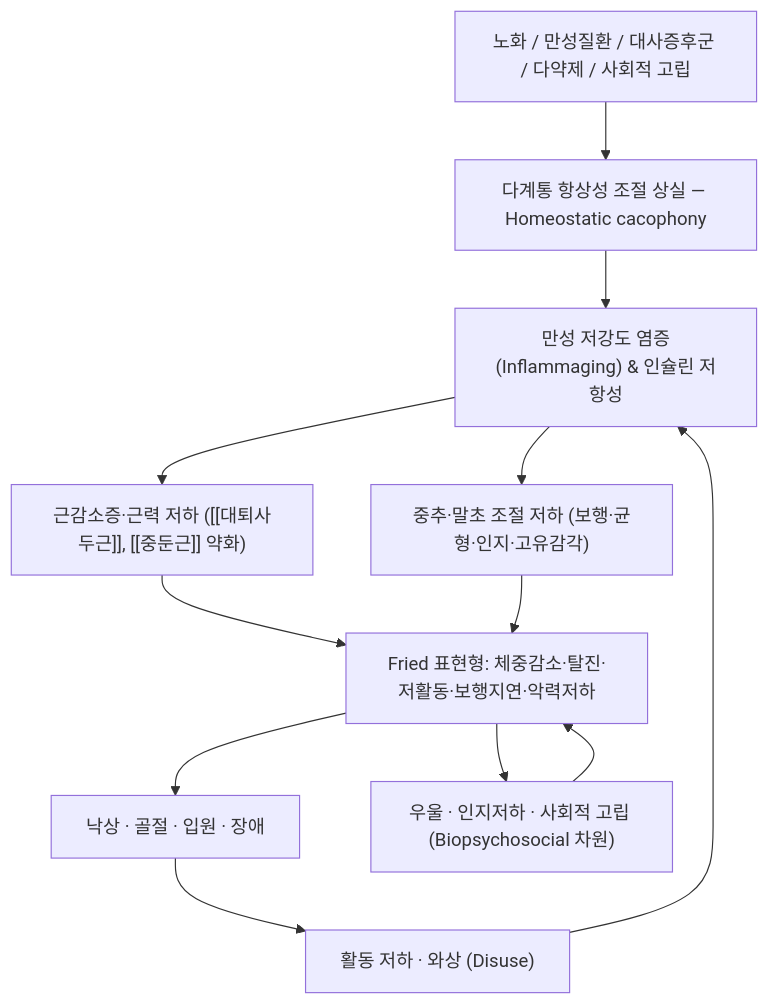
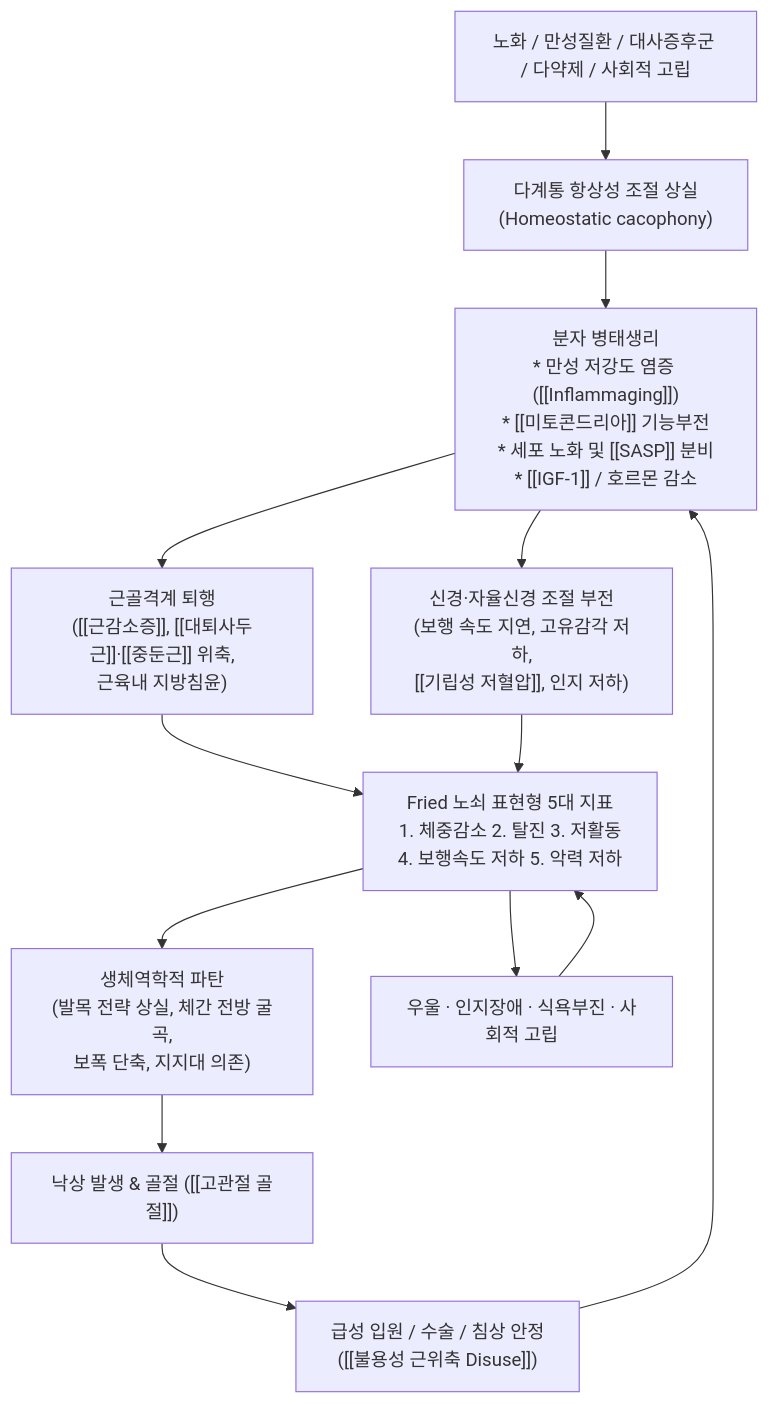
Before and after one commit to simbio11/simbio-digital-garden2: the diagram in content/3. 이론 공부/질환/근골격계 질환/기타/Frailty.md, drawn with Mermaid. The commit also changed other lines of this file and 147 other files, not shown here.

````diff
--- a/content/3. 이론 공부/질환/근골격계 질환/기타/Frailty.md
+++ b/content/3. 이론 공부/질환/근골격계 질환/기타/Frailty.md
@@ -73,14 +132,20 @@
 ```mermaid
 graph TD
-    Cause["노화 / 만성질환 / 대사증후군 / 다약제 / 사회적 고립"] --> Homeo["다계통 항상성 조절 상실 — Homeostatic cacophony"]
-    Homeo --> Inflam["만성 저강도 염증(Inflammaging) & 인슐린 저항성"]
-    Inflam --> Muscle["근감소증·근력 저하 ([[대퇴사두근]], [[중둔근]] 약화)"]
-    Inflam --> Neuro["중추·말초 조절 저하 (보행·균형·인지·고유감각)"]
-    Muscle --> Pheno["Fried 표현형: 체중감소·탈진·저활동·보행지연·악력저하"]
+    Cause["노화 / 만성질환 / 대사증후군 / 다약제 / 사회적 고립"] --> Homeo["다계통 항상성 조절 상실<br/>(Homeostatic cacophony)"]
+    Homeo --> Molecular["분자 병태생리<br/>* 만성 저강도 염증 ([[Inflammaging]])<br/>* [[미토콘드리아]] 기능부전<br/>* 세포 노화 및 [[SASP]] 분비<br/>* [[IGF-1]] / 호르몬 감소"]
+    
+    Molecular --> Muscle["근골격계 퇴행<br/>([[근감소증]], [[대퇴사두근]]·[[중둔근]] 위축,<br/>근육내 지방침윤)"]
+    Molecular --> Neuro["신경·자율신경 조절 부전<br/>(보행 속도 지연, 고유감각 저하,<br/>[[기립성 저혈압]], 인지 저하)"]
+    
+    Muscle --> Pheno["Fried 노쇠 표현형 5대 지표<br/>1. 체중감소 2. 탈진 3. 저활동<br/>4. 보행속도 저하 5. 악력 저하"]
     Neuro --> Pheno
-    Pheno --> Fall["낙상 · 골절 · 입원 · 장애"]
-    Fall --> Disuse["활동 저하 · 와상 (Disuse)"]
-    Disuse --> Inflam
-    Pheno --> Psych["우울 · 인지저하 · 사회적 고립 (Biopsychosocial 차원)"]
+    
+    Pheno --> Biomech["생체역학적 파탄<br/>(발목 전략 상실, 체간 전방 굴곡,<br/>보폭 단축, 지지대 의존)"]
+    Biomech --> Fall["낙상 발생 & 골절 ([[고관절 골절]])"]
+    
+    Fall --> Disuse["급성 입원 / 수술 / 침상 안정<br/>([[불용성 근위축 Disuse]])"]
+    Disuse --> Molecular
+    
+    Pheno --> Psych["우울 · 인지장애 · 식욕부진 · 사회적 고립"]
     Psych --> Pheno
 ```
````
